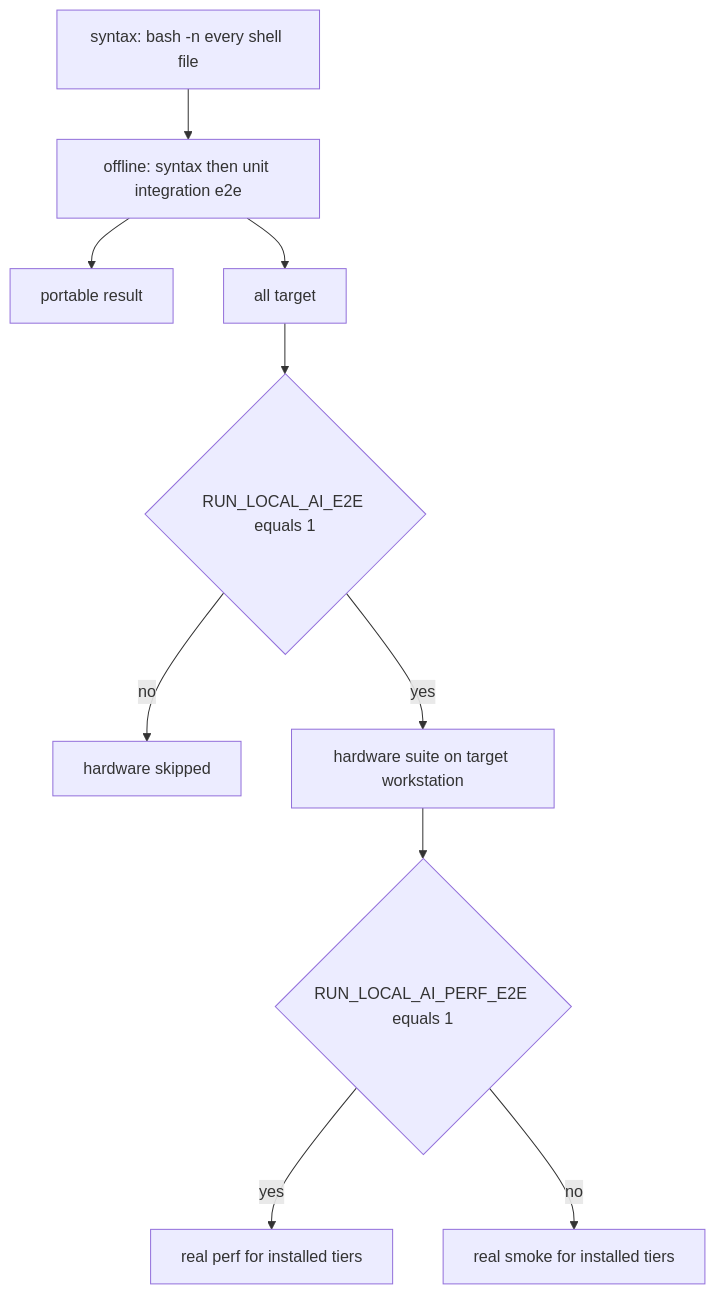
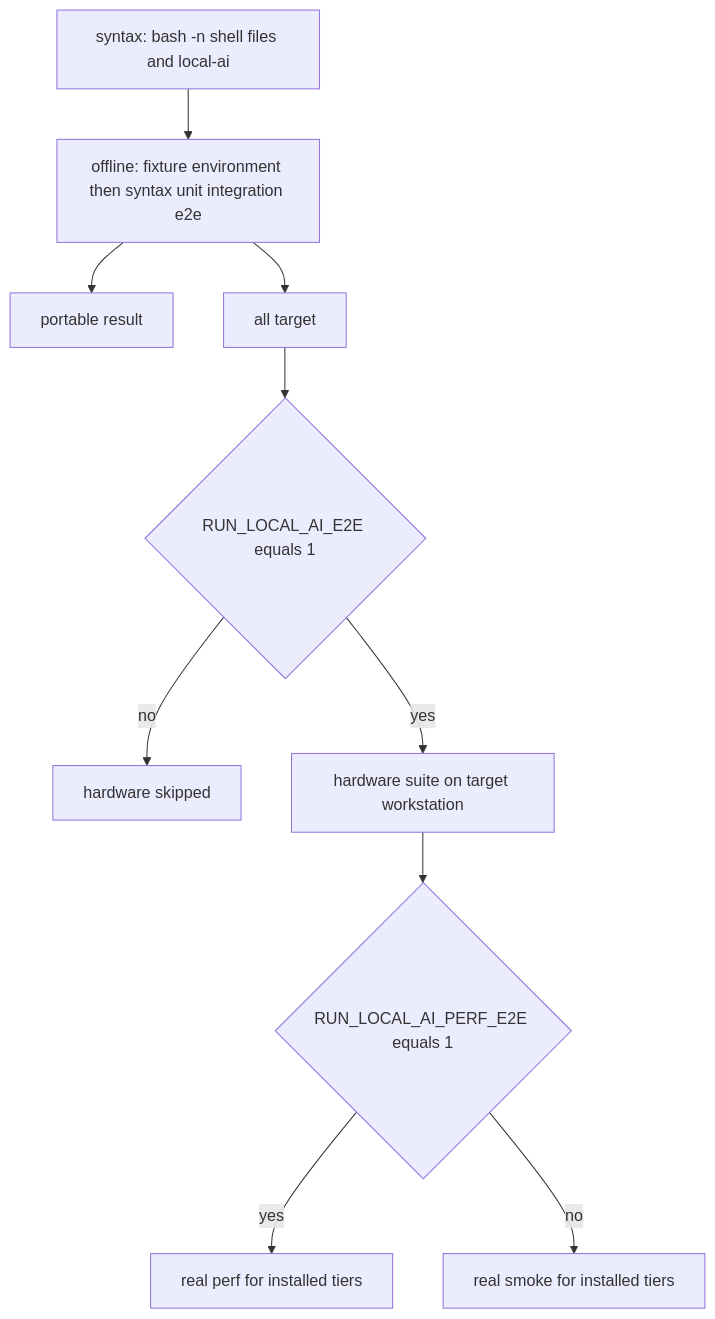
The first of 2 diagrams in openwiki/testing/verification-strategy.md (johnymontana/local-ai-setup), drawn with Mermaid before and after one commit. The commit also changed other lines of this file and 23 other files, not shown here.

````diff
--- a/openwiki/testing/verification-strategy.md
+++ b/openwiki/testing/verification-strategy.md
@@ -52,12 +68,12 @@
 ```mermaid
 flowchart TD
-  Syntax["syntax: bash -n every shell file"] --> Offline["offline: syntax then unit integration e2e"]
+  Syntax["syntax: bash -n shell files and local-ai"] --> Offline["offline: fixture environment then syntax unit integration e2e"]
   Offline --> Complete["portable result"]
   Offline --> All["all target"]
   All --> Enabled{"RUN_LOCAL_AI_E2E equals 1"}
   Enabled -->|"no"| Skip["hardware skipped"]
   Enabled -->|"yes"| Hardware["hardware suite on target workstation"]
   Hardware --> Perf{"RUN_LOCAL_AI_PERF_E2E equals 1"}
   Perf -->|"yes"| RealPerf["real perf for installed tiers"]
   Perf -->|"no"| Smoke["real smoke for installed tiers"]
 ```
````
